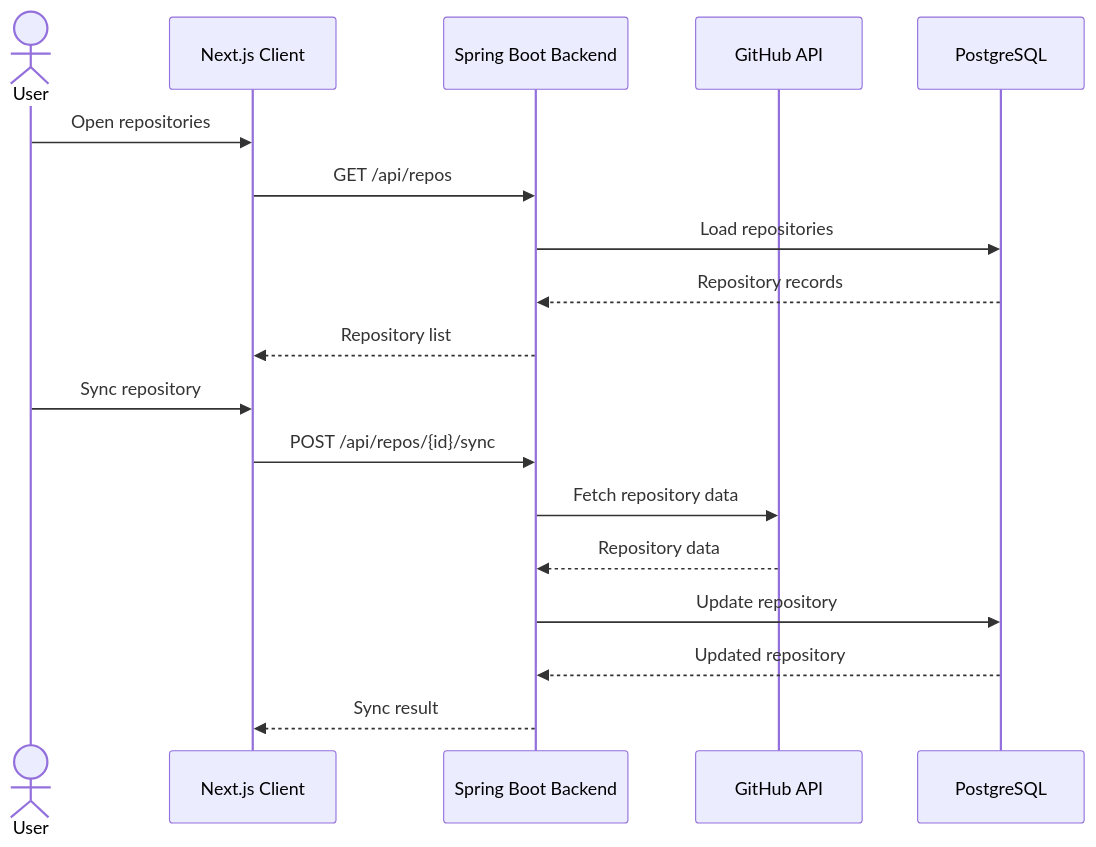
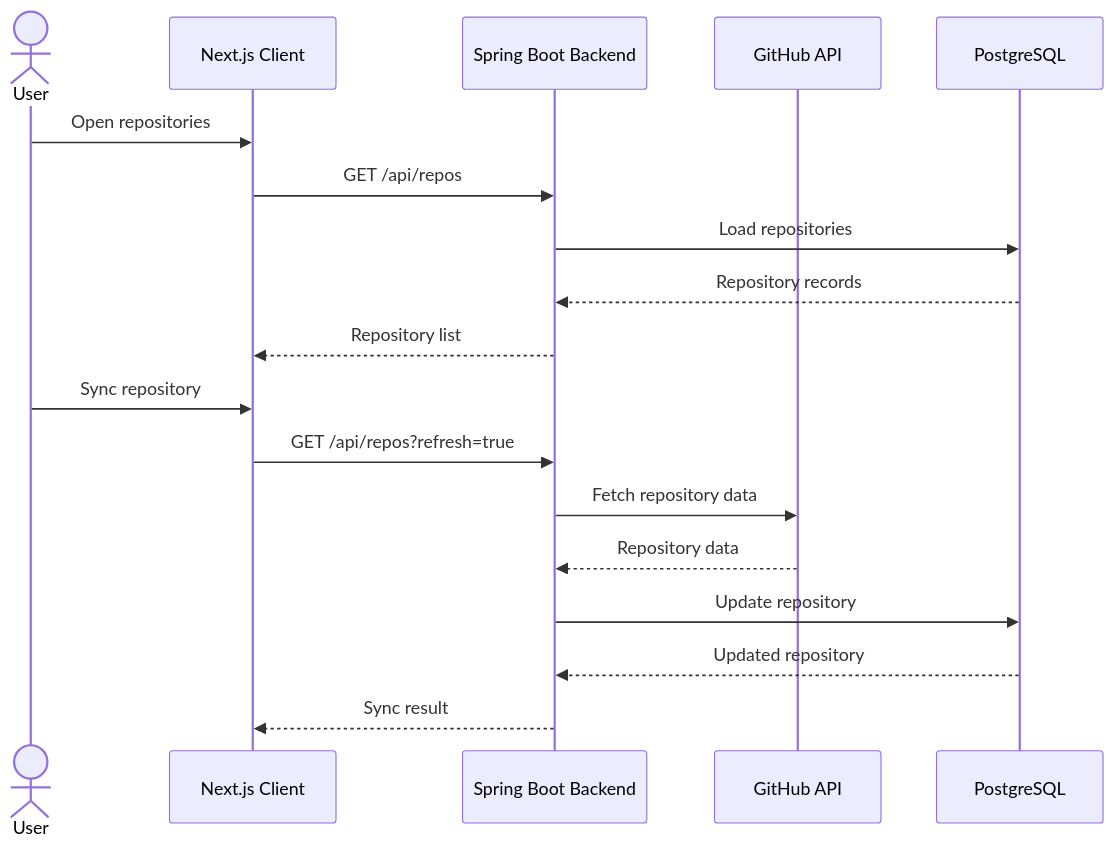
The diagram in docs/repository-sync.md (MishraRoushankumar/RepoBeacon), drawn with Mermaid before and after one commit. The commit also changed 9 other files, not shown here.

````diff
--- a/docs/repository-sync.md
+++ b/docs/repository-sync.md
@@ -7,22 +7,22 @@
 ```mermaid
 sequenceDiagram
     actor User
     participant Client as Next.js Client
     participant Backend as Spring Boot Backend
     participant GitHub as GitHub API
     participant DB as PostgreSQL
 
     User->>Client: Open repositories
     Client->>Backend: GET /api/repos
     Backend->>DB: Load repositories
     DB-->>Backend: Repository records
     Backend-->>Client: Repository list
 
     User->>Client: Sync repository
-    Client->>Backend: POST /api/repos/{id}/sync
+    Client->>Backend: GET /api/repos?refresh=true
     Backend->>GitHub: Fetch repository data
     GitHub-->>Backend: Repository data
     Backend->>DB: Update repository
     DB-->>Backend: Updated repository
     Backend-->>Client: Sync result
 ```
````
